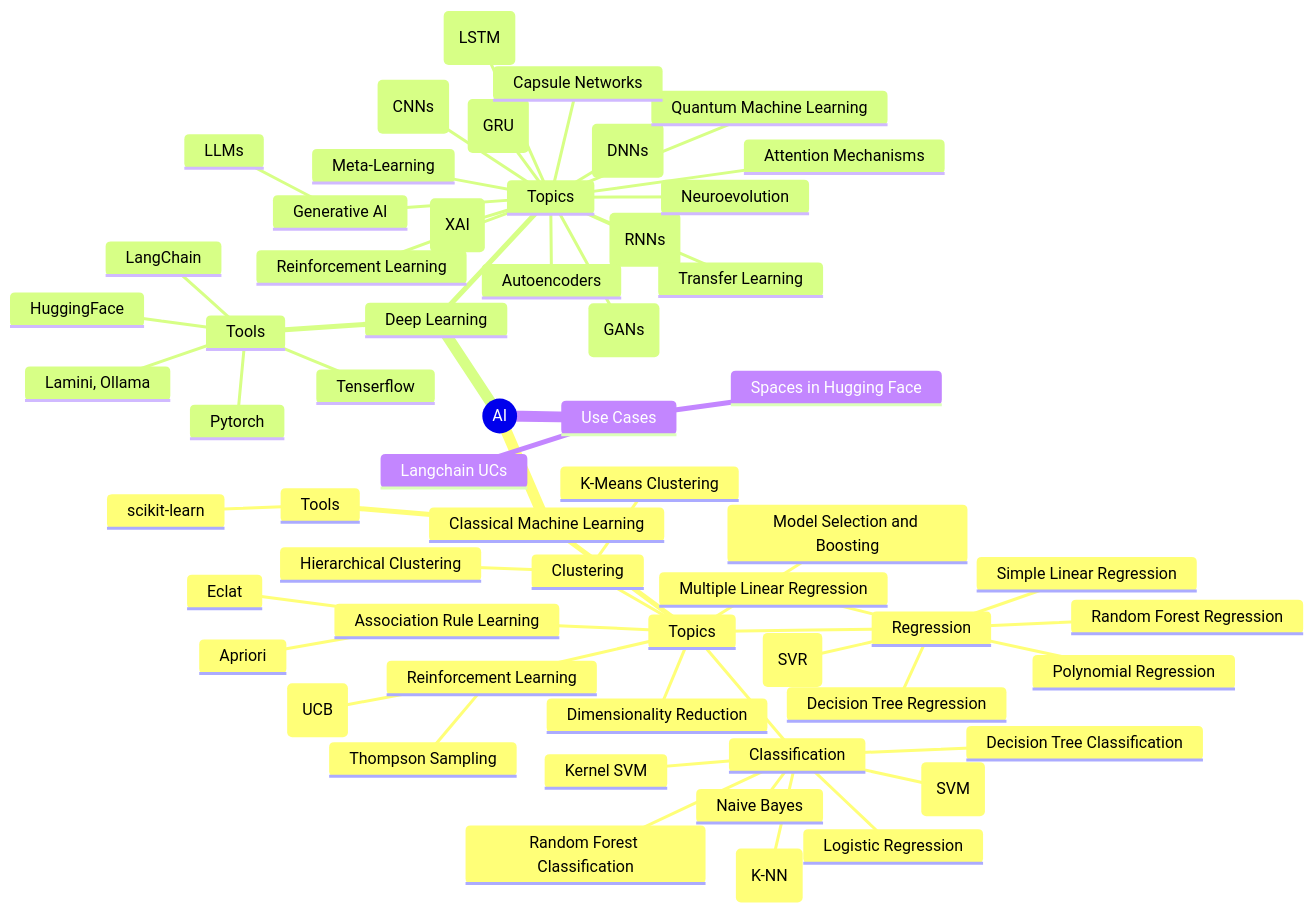
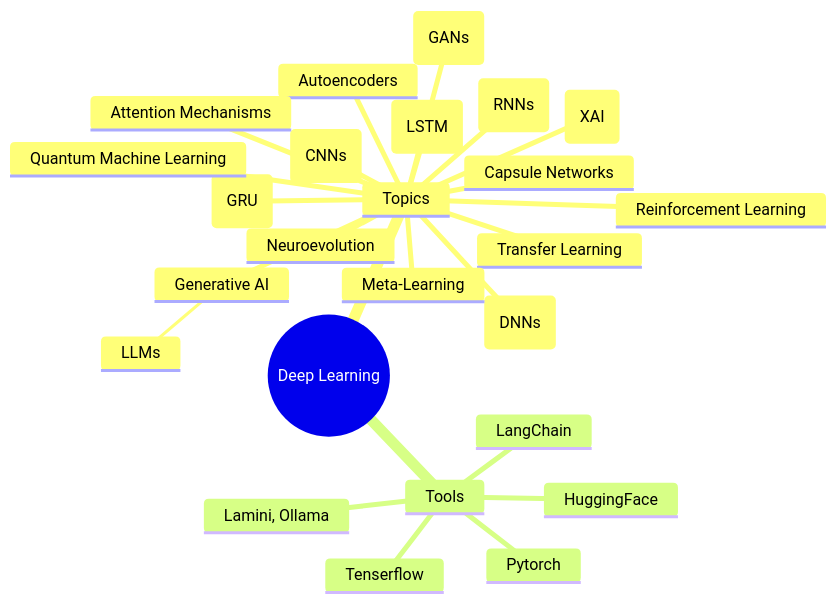
The second of 6 diagrams in README.md (mhddenno/legendary-ml), drawn with Mermaid before and after one commit. The commit also changed other lines of this file, not shown here.

Commit message:
split the diagrams

````diff
--- a/README.md
+++ b/README.md
@@ -62,62 +47,28 @@
 ```mermaid
 mindmap
-  root((AI))
-    Classical Machine Learning
-      Topics
-        Regression
-            Simple Linear Regression
-            Multiple Linear Regression
-            Polynomial Regression
-            Support Vector Regression (SVR)
-            Decision Tree Regression
-            Random Forest Regression
-        Classification
-            Logistic Regression
-            K-Nearest Neighbors (K-NN)
-            Support Vector Machine (SVM)
-            Kernel SVM
-            Naive Bayes
-            Decision Tree Classification
-            Random Forest Classification
-        Clustering
-            K-Means Clustering
-            Hierarchical Clustering
-        Association Rule Learning
-            Apriori
-            Eclat
-        Reinforcement Learning
-            Upper Confidence Bound (UCB)
-            Thompson Sampling
-        Dimensionality Reduction
-        Model Selection and Boosting
-      Tools
-        scikit-learn
-    Deep Learning
-      Topics
-        Neural Networks and Deep Neural Networks (DNNs)
-        Convolutional Neural Networks (CNNs)
-        Recurrent Neural Networks (RNNs)
-        Long Short-Term Memory (LSTM)
-        Gated Recurrent Unit (GRU)
-        Autoencoders
-        Generative Adversarial Networks (GANs)
-        Transfer Learning
-        Meta-Learning
-        Attention Mechanisms
-        Reinforcement Learning
-        Explainable AI (XAI)
-        Quantum Machine Learning
-        Capsule Networks
-        Neuroevolution
-        Generative AI
-            LLMs
-      Tools
-        Pytorch
-        Tenserflow
-        LangChain
-        HuggingFace
-        Lamini, Ollama
-    Use Cases
-      Spaces in Hugging Face
-      Langchain UCs
+  root((Deep Learning))
+    Topics
+      Neural Networks and Deep Neural Networks (DNNs)
+      Convolutional Neural Networks (CNNs)
+      Recurrent Neural Networks (RNNs)
+      Long Short-Term Memory (LSTM)
+      Gated Recurrent Unit (GRU)
+      Autoencoders
+      Generative Adversarial Networks (GANs)
+      Transfer Learning
+      Meta-Learning
+      Attention Mechanisms
+      Reinforcement Learning
+      Explainable AI (XAI)
+      Quantum Machine Learning
+      Capsule Networks
+      Neuroevolution
+      Generative AI
+          LLMs
+    Tools
+      Pytorch
+      Tenserflow
+      LangChain
+      HuggingFace
+      Lamini, Ollama
 ```
````
